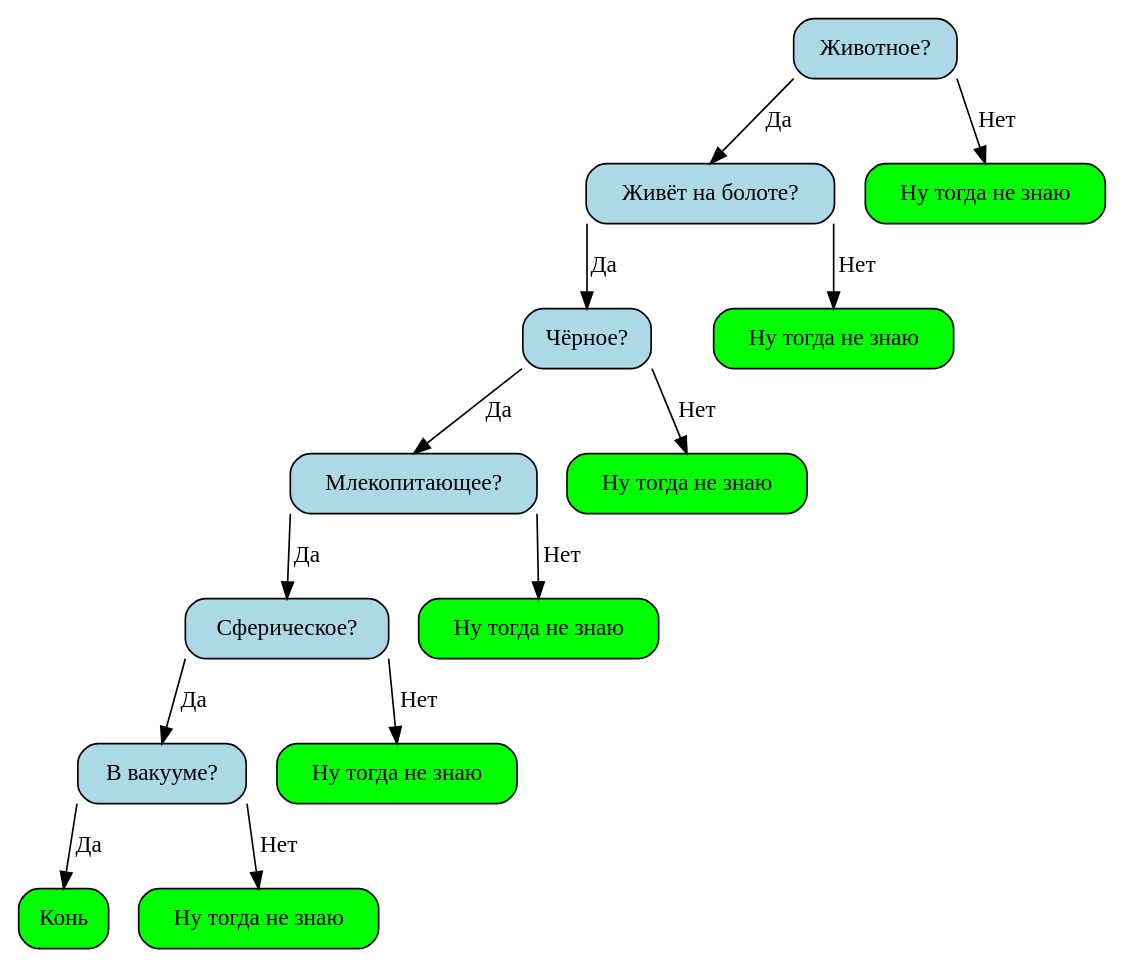
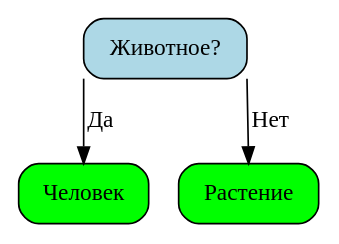
Before and after one commit to k-kashapov/akinator: the diagram in dotInput.dot, drawn with Graphviz. The commit also changed 13 other files, not shown here.

```diff
--- a/dotInput.dot
+++ b/dotInput.dot
@@ -1,31 +1,11 @@
 digraph
 {
 rankdir = "TB";
 splines = false;
 NODE0x603000000010[shape=rectangle, style = "rounded,filled", fillcolor="lightblue", label = "Животное?"]
-NODE0x603000000040[shape=rectangle, style = "rounded,filled", fillcolor="lightblue", label = "Живёт на болоте?"]
-NODE0x6030000000a0[shape=rectangle, style = "rounded,filled", fillcolor="lightblue", label = "Чёрное?"]
-NODE0x603000000100[shape=rectangle, style = "rounded,filled", fillcolor="lightblue", label = "Млекопитающее?"]
-NODE0x603000000160[shape=rectangle, style = "rounded,filled", fillcolor="lightblue", label = "Сферическое?"]
-NODE0x6030000001c0[shape=rectangle, style = "rounded,filled", fillcolor="lightblue", label = "В вакууме?"]
-NODE0x603000000220[shape=rectangle, style = "rounded,filled", fillcolor="lime", label = "Конь"]
-NODE0x603000000250[shape=rectangle, style = "rounded,filled", fillcolor="lime", label = "Ну тогда не знаю"]
-NODE0x6030000001c0:sw->NODE0x603000000220:n [label = "Да"]
-NODE0x6030000001c0:se->NODE0x603000000250:n [label = "Нет"]
-NODE0x6030000001f0[shape=rectangle, style = "rounded,filled", fillcolor="lime", label = "Ну тогда не знаю"]
-NODE0x603000000160:sw->NODE0x6030000001c0:n [label = "Да"]
-NODE0x603000000160:se->NODE0x6030000001f0:n [label = "Нет"]
-NODE0x603000000190[shape=rectangle, style = "rounded,filled", fillcolor="lime", label = "Ну тогда не знаю"]
-NODE0x603000000100:sw->NODE0x603000000160:n [label = "Да"]
-NODE0x603000000100:se->NODE0x603000000190:n [label = "Нет"]
-NODE0x603000000130[shape=rectangle, style = "rounded,filled", fillcolor="lime", label = "Ну тогда не знаю"]
-NODE0x6030000000a0:sw->NODE0x603000000100:n [label = "Да"]
-NODE0x6030000000a0:se->NODE0x603000000130:n [label = "Нет"]
-NODE0x6030000000d0[shape=rectangle, style = "rounded,filled", fillcolor="lime", label = "Ну тогда не знаю"]
-NODE0x603000000040:sw->NODE0x6030000000a0:n [label = "Да"]
-NODE0x603000000040:se->NODE0x6030000000d0:n [label = "Нет"]
-NODE0x603000000070[shape=rectangle, style = "rounded,filled", fillcolor="lime", label = "Ну тогда не знаю"]
+NODE0x603000000040[shape=rectangle, style = "rounded,filled", fillcolor="lime", label = "Человек"]
+NODE0x603000000070[shape=rectangle, style = "rounded,filled", fillcolor="lime", label = "Растение"]
 NODE0x603000000010:sw->NODE0x603000000040:n [label = "Да"]
 NODE0x603000000010:se->NODE0x603000000070:n [label = "Нет"]
 
 }
```
